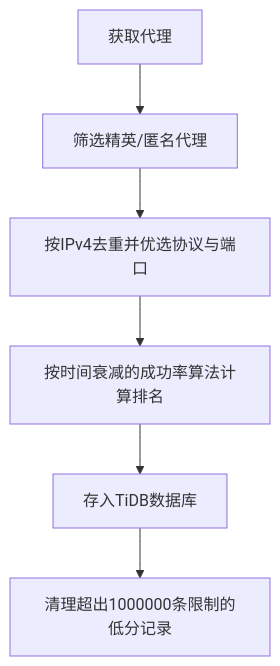
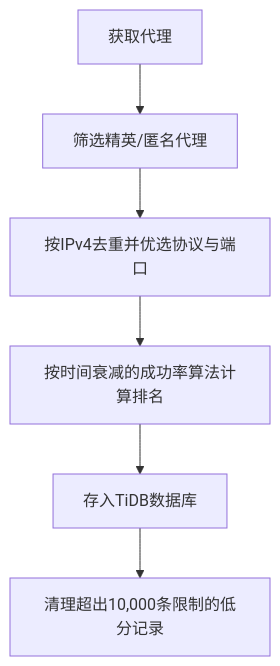
The diagram in proxy_fetch/readme/zh/README.md (webc-site/npm), drawn with Mermaid before and after one commit. The commit also changed 1 other file, not shown here.

Commit message:
docs: reduce proxy entry pruning limit from 1,000,000 to 10,000 in READMEs

````diff
--- a/proxy_fetch/readme/zh/README.md
+++ b/proxy_fetch/readme/zh/README.md
@@ -34,8 +34,8 @@
 ```mermaid
 graph TD
     A[获取代理] --> B[筛选精英/匿名代理]
     B --> C[按IPv4去重并优选协议与端口]
     C --> D[按时间衰减的成功率算法计算排名]
     D --> E[存入TiDB数据库]
-    E --> F[清理超出1000000条限制的低分记录]
+    E --> F[清理超出10,000条限制的低分记录]
 ```
````
